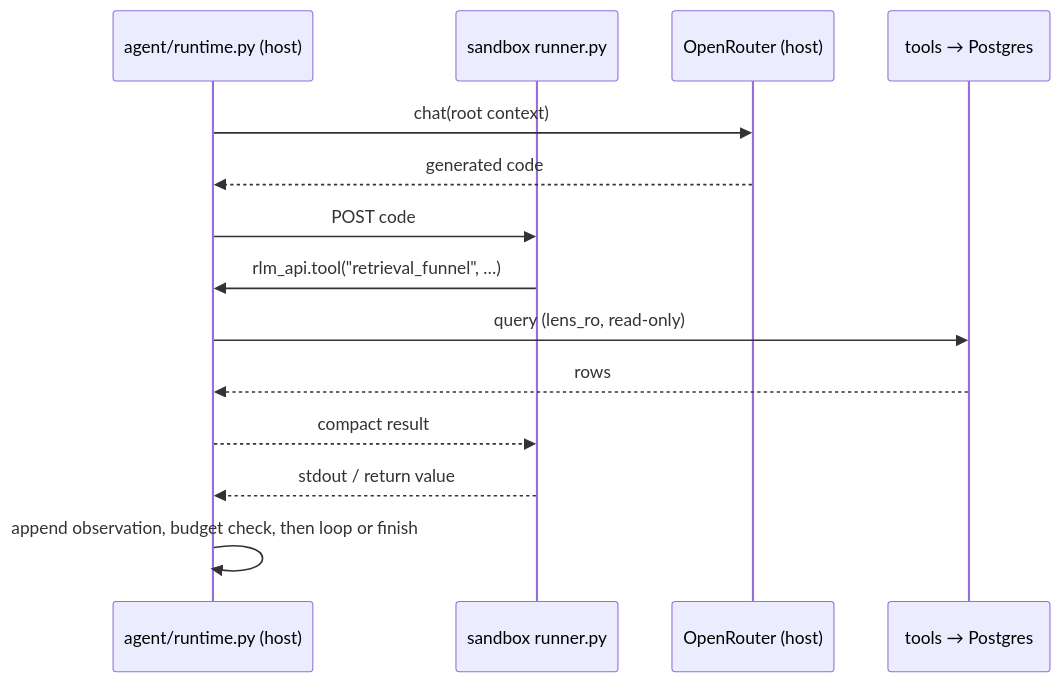
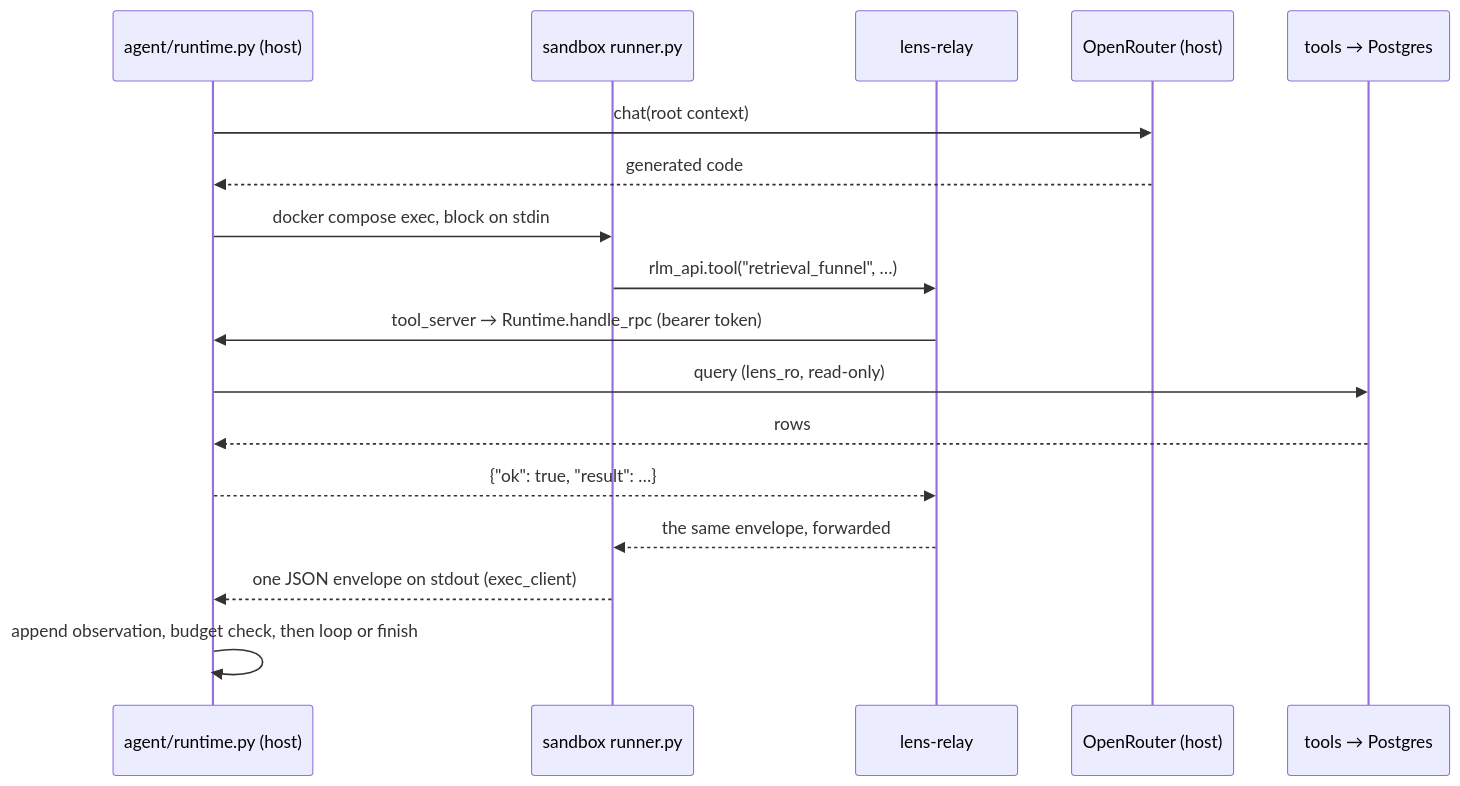
Before and after one commit to RSGzen/LENS: the sixth of 6 diagrams in docs/ARCHITECTURE.md, drawn with Mermaid. The commit also changed other lines of this file and 2 other files, not shown here.

First line of the commit message:
docs: regenerate the graphs and draw the two channels correctly

````diff
--- a/docs/ARCHITECTURE.md
+++ b/docs/ARCHITECTURE.md
@@ -624,16 +667,19 @@
 ```mermaid
 sequenceDiagram
     participant R as agent/runtime.py (host)
     participant S as sandbox runner.py
+    participant L as lens-relay
     participant API as OpenRouter (host)
     participant DB as tools → Postgres
     R->>API: chat(root context)
     API-->>R: generated code
-    R->>S: POST code
-    S->>R: rlm_api.tool("retrieval_funnel", …)
+    R->>S: docker compose exec, block on stdin
+    S->>L: rlm_api.tool("retrieval_funnel", …)
+    L->>R: tool_server → Runtime.handle_rpc (bearer token)
     R->>DB: query (lens_ro, read-only)
     DB-->>R: rows
-    R-->>S: compact result
-    S-->>R: stdout / return value
+    R-->>L: {"ok": true, "result": …}
+    L-->>S: the same envelope, forwarded
+    S-->>R: one JSON envelope on stdout (exec_client)
     R->>R: append observation, budget check, then loop or finish
 ```
````
